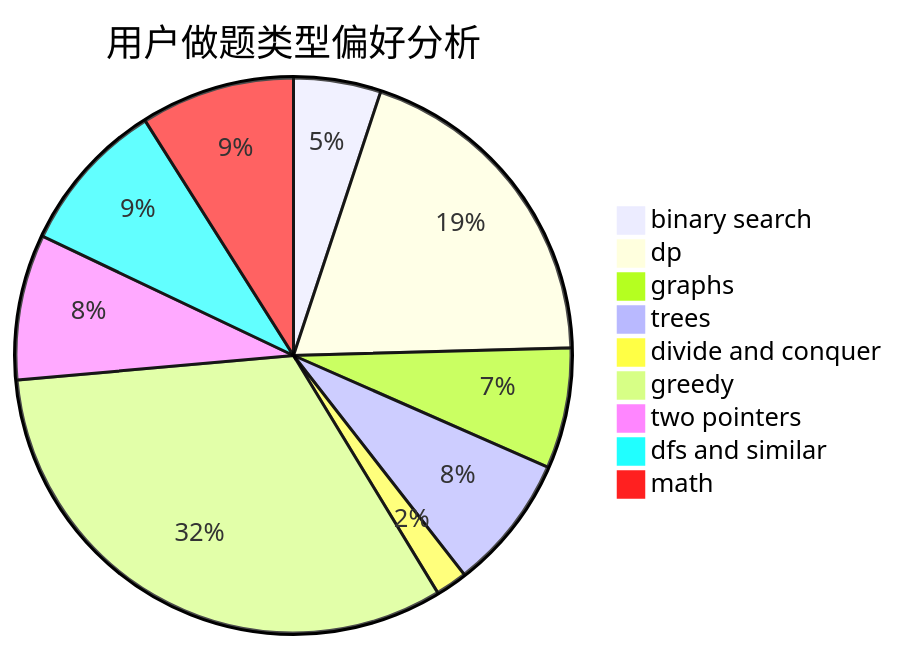
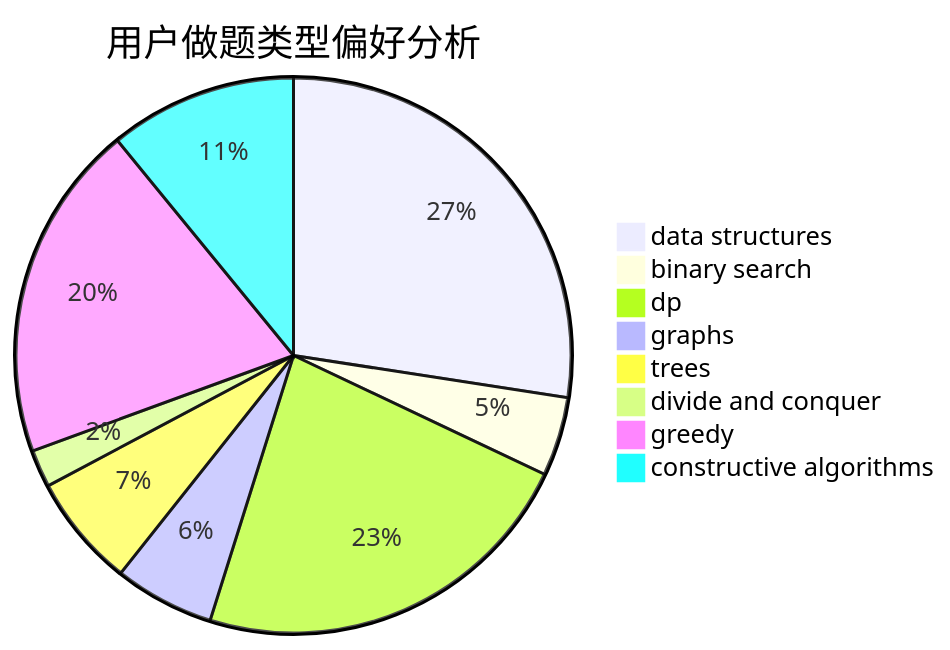
Before and after one commit to sherpahu/cfrs.github.io: the second of 3 diagrams in docs/user/u1765.md, drawn with Mermaid. The commit also changed other lines of this file and 2775 other files, not shown here.

````diff
--- a/docs/user/u1765.md
+++ b/docs/user/u1765.md
@@ -23,12 +23,11 @@
 ```mermaid
 pie title 用户做题类型偏好分析
-    "binary search" :  102
-    "dp" :  391
-    "graphs" :  141
-    "trees" :  158
-    "divide and conquer" :  37
-    "greedy" :  648
-    "two pointers" :  170
-    "dfs and similar" :  180
-    "math" :  180
+    "data structures" :  113
+    "binary search" :  19
+    "dp" :  94
+    "graphs" :  24
+    "trees" :  27
+    "divide and conquer" :  9
+    "greedy" :  81
+    "constructive algorithms" :  45
 ```
````
